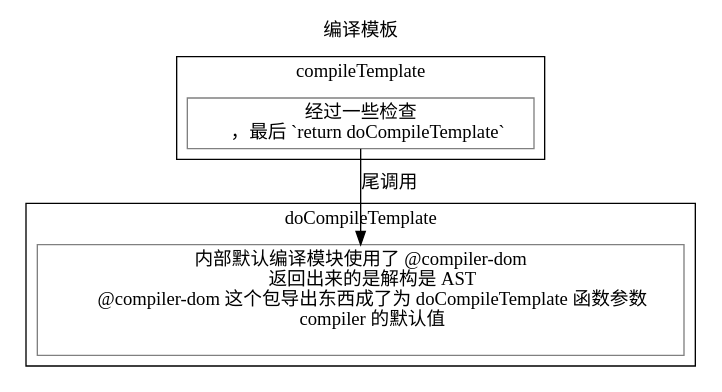
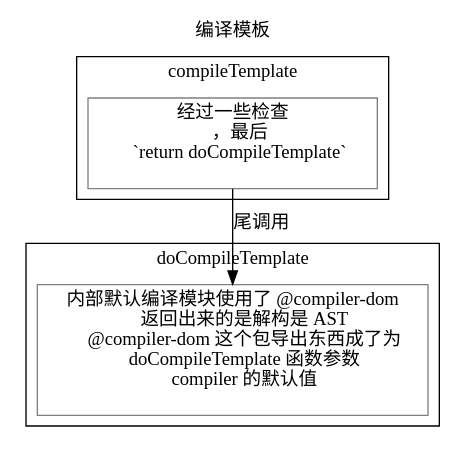
Before and after one commit to WingDust/DeepDiveVue3: the diagram in compiler.dot, drawn with Graphviz.

Commit message:
auto-commit

```diff
--- a/compiler.dot
+++ b/compiler.dot
@@ -1,30 +1,33 @@
 digraph compile {
 
   node [color=gray,shape=box,fontname="Cascadia Mono PL"]
   // graph [bgcolor=orange]
   // 顶标题
   labelloc = "t"
   label="编译模板"
 
   subgraph cluster_compileTemplate{
     label="compileTemplate"
     fun[
     label="经过一些检查
-    ，最后 `return doCompileTemplate`"
+    ，最后 
+    `return doCompileTemplate`
+    "
     ]
   }
   subgraph  cluster_doCompileTemplate{
     label="doCompileTemplate"
     funs[
       label="内部默认编译模块使用了 @compiler-dom 
       返回出来的是解构是 AST
-      @compiler-dom 这个包导出东西成了为 doCompileTemplate 函数参数
+      @compiler-dom 这个包导出东西成了为 
+      doCompileTemplate 函数参数
       compiler 的默认值
       "
     ]
 
   }
 
   fun->  funs[label="尾调用"]
 
 }
```
